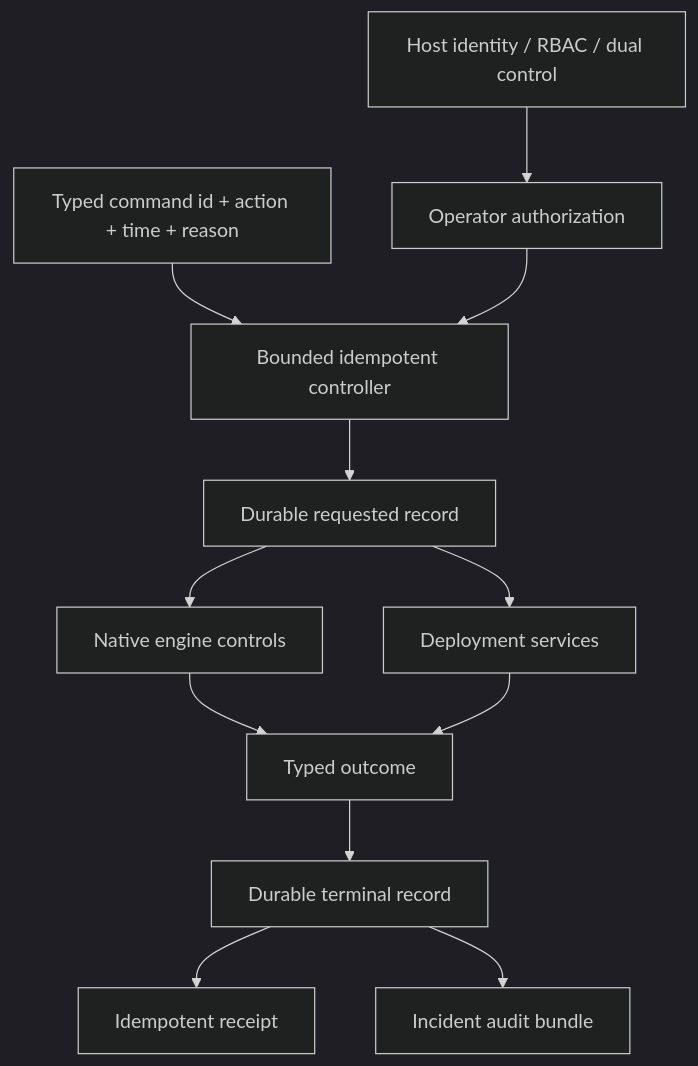
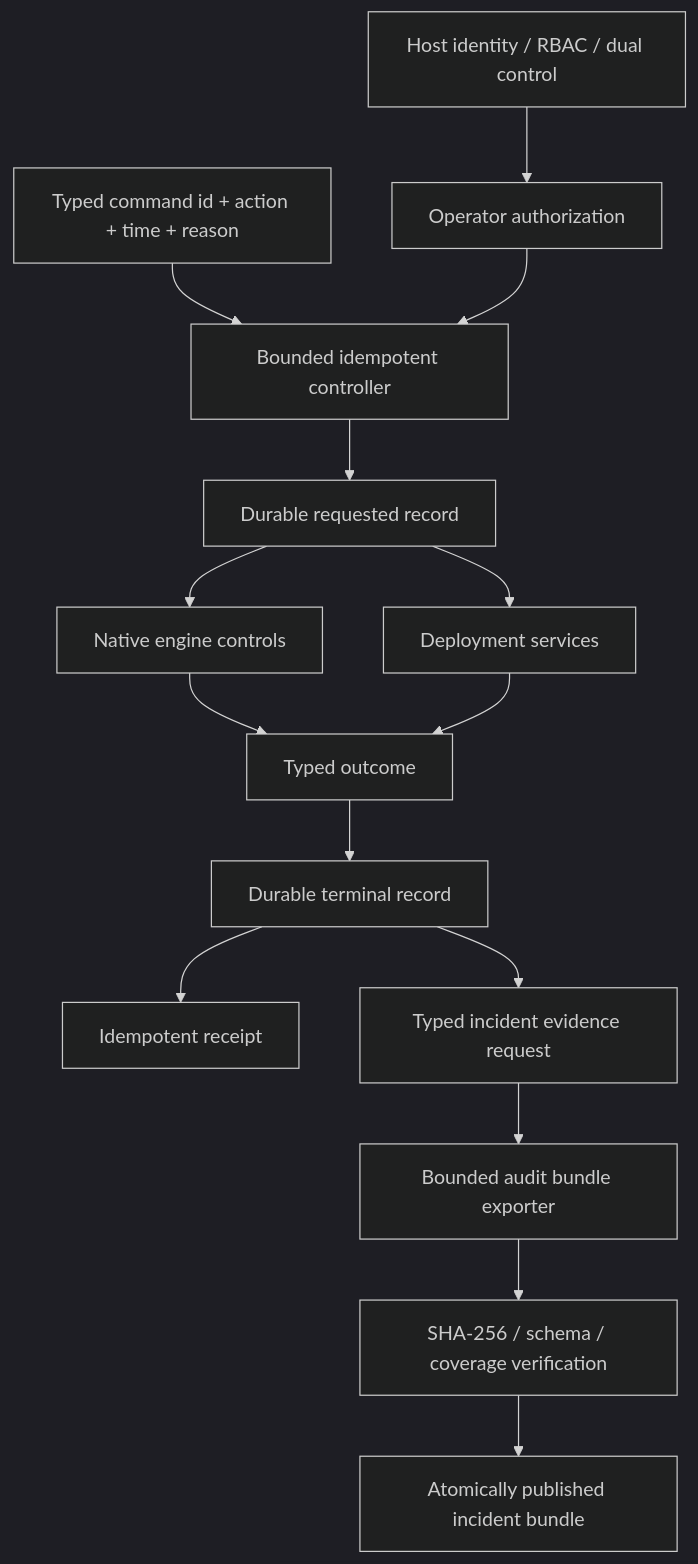
Diagram 14 of 15 in docs/handbook/09-oms-architecture.md (gregorian-09/orderflow), drawn with Mermaid (dark theme) before and after one commit. The commit also changed other lines of this file and 10 other files, not shown here.

First line of the commit message:
feat(oms): add verifiable audit bundle export

````diff
--- a/docs/handbook/09-oms-architecture.md
+++ b/docs/handbook/09-oms-architecture.md
@@ -612,14 +612,17 @@
 ```mermaid
 flowchart TD
     Identity[Host identity / RBAC / dual control] --> Auth[Operator authorization]
     Command[Typed command id + action + time + reason] --> Controller
     Auth --> Controller[Bounded idempotent controller]
     Controller --> Intent[Durable requested record]
     Intent --> Native[Native engine controls]
     Intent --> Services[Deployment services]
     Native --> Outcome[Typed outcome]
     Services --> Outcome
     Outcome --> Terminal[Durable terminal record]
     Terminal --> Receipt[Idempotent receipt]
-    Terminal --> Bundle[Incident audit bundle]
+    Terminal --> BundleRequest[Typed incident evidence request]
+    BundleRequest --> Exporter[Bounded audit bundle exporter]
+    Exporter --> Verify[SHA-256 / schema / coverage verification]
+    Verify --> Bundle[Atomically published incident bundle]
 ```
````
